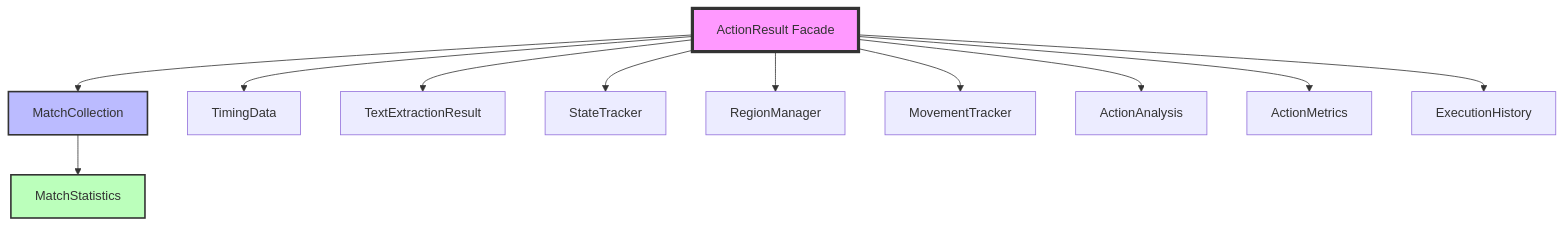
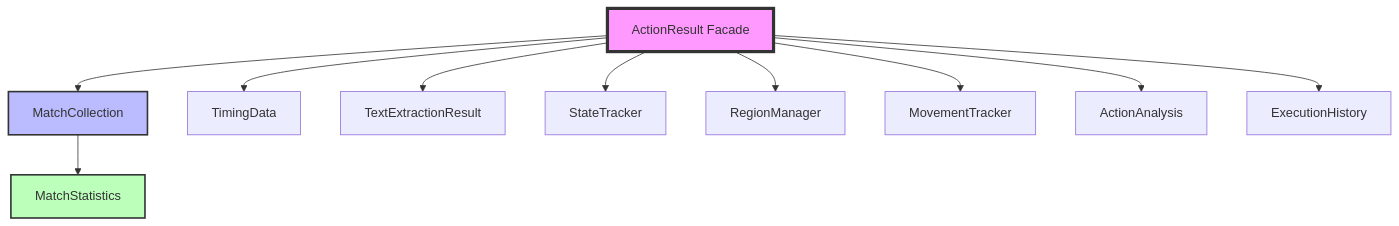
The diagram in docs/docs/03-core-library/action-config/17-actionresult-components.md (jspinak/brobot), drawn with Mermaid before and after one commit. The commit also changed other lines of this file and 283 other files, not shown here.

````diff
--- a/docs/docs/03-core-library/action-config/17-actionresult-components.md
+++ b/docs/docs/03-core-library/action-config/17-actionresult-components.md
@@ -244,29 +318,27 @@
 ```mermaid
 graph TD
     AR[ActionResult Facade]
     MC[MatchCollection]
     MS[MatchStatistics]
     TD[TimingData]
     TER[TextExtractionResult]
     ST[StateTracker]
     RM[RegionManager]
     MT[MovementTracker]
     AA[ActionAnalysis]
-    AM[ActionMetrics]
     EH[ExecutionHistory]
-    
+
     AR --> MC
     AR --> TD
     AR --> TER
     AR --> ST
     AR --> RM
     AR --> MT
     AR --> AA
-    AR --> AM
     AR --> EH
     MC --> MS
-    
+
     style AR fill:#f9f,stroke:#333,stroke-width:4px
     style MC fill:#bbf,stroke:#333,stroke-width:2px
     style MS fill:#bfb,stroke:#333,stroke-width:2px
 ```
````
